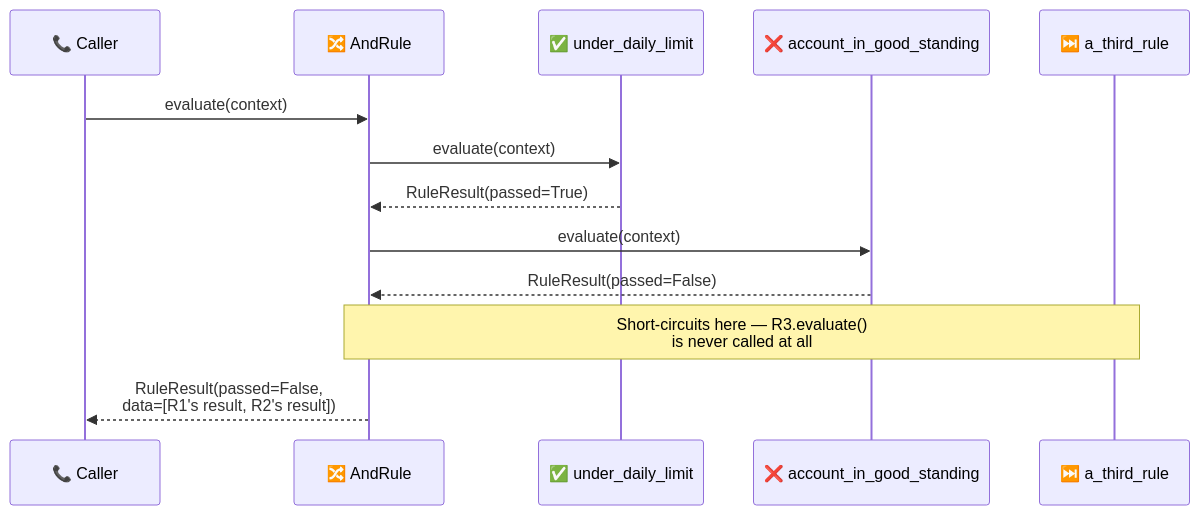
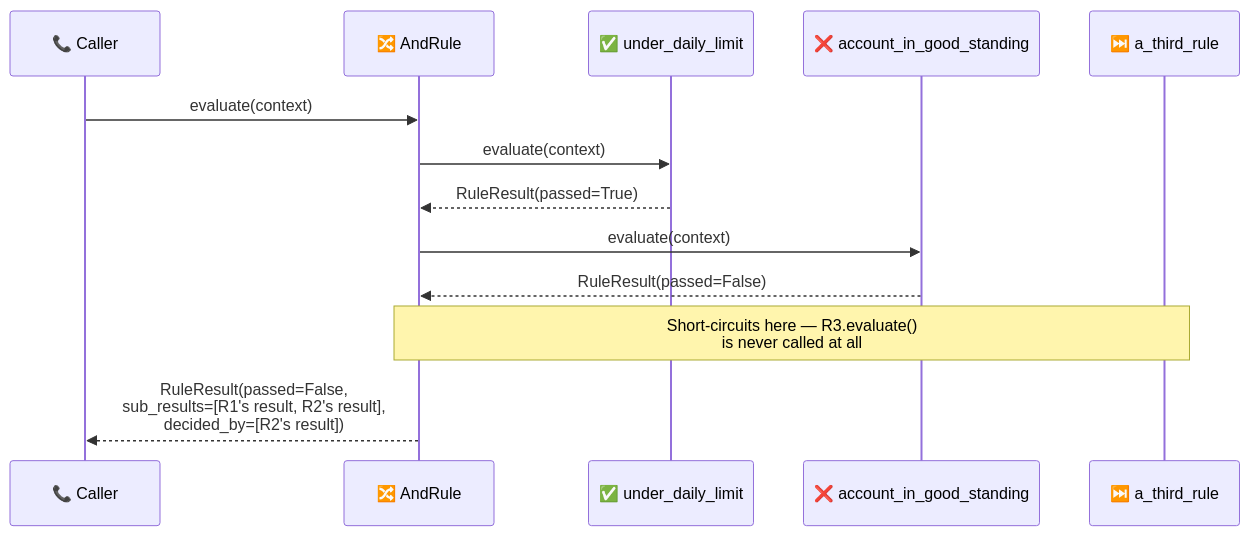
The first of 2 diagrams in docs/architecture/README.md (pawan-vyas/verdict-rules), drawn with Mermaid before and after one commit. The commit also changed other lines of this file and 10 other files, not shown here.

````diff
--- a/docs/architecture/README.md
+++ b/docs/architecture/README.md
@@ -135,16 +145,16 @@
 ```mermaid
 sequenceDiagram
     participant Caller as 📞 Caller
     participant Comp as 🔀 AndRule
     participant R1 as ✅ under_daily_limit
     participant R2 as ❌ account_in_good_standing
     participant R3 as ⏭️ a_third_rule
 
     Caller->>Comp: evaluate(context)
     Comp->>R1: evaluate(context)
     R1-->>Comp: RuleResult(passed=True)
     Comp->>R2: evaluate(context)
     R2-->>Comp: RuleResult(passed=False)
     Note over Comp,R3: Short-circuits here — R3.evaluate()<br/>is never called at all
-    Comp-->>Caller: RuleResult(passed=False,<br/>data=[R1's result, R2's result])
+    Comp-->>Caller: RuleResult(passed=False,<br/>sub_results=[R1's result, R2's result],<br/>decided_by=[R2's result])
 ```
````
